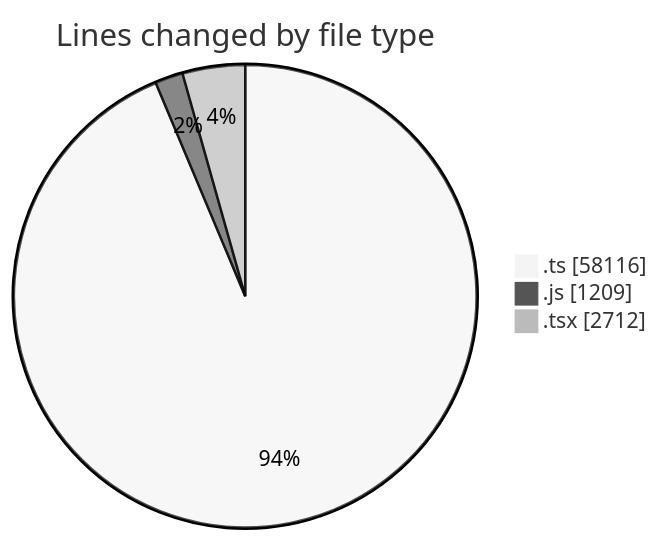
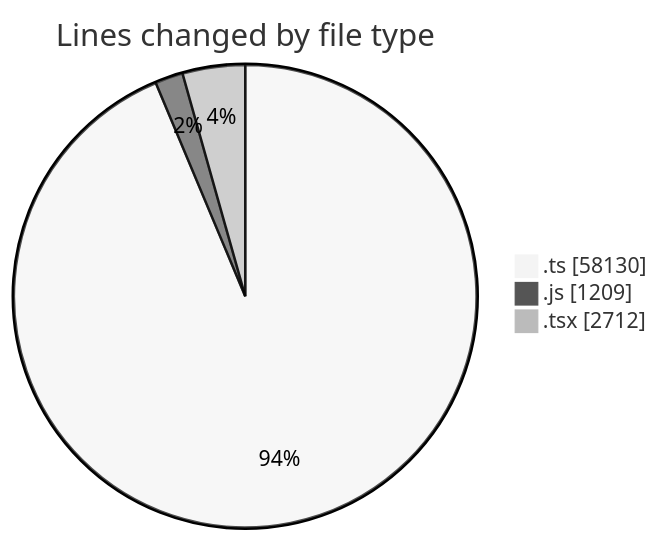
Before and after one commit to momahboobian/code-tracking: the first of 2 diagrams in 2026-11-03/cda/README.md, drawn with Mermaid (neutral theme). The commit also changed other lines of this file and 1 other file, not shown here.

````diff
--- a/2026-11-03/cda/README.md
+++ b/2026-11-03/cda/README.md
@@ -53,7 +53,7 @@
 ```mermaid
 pie showData
 title Lines changed by file type
-".ts" : 58116
+".ts" : 58130
 ".js" : 1209
 ".tsx" : 2712
 ```
````
